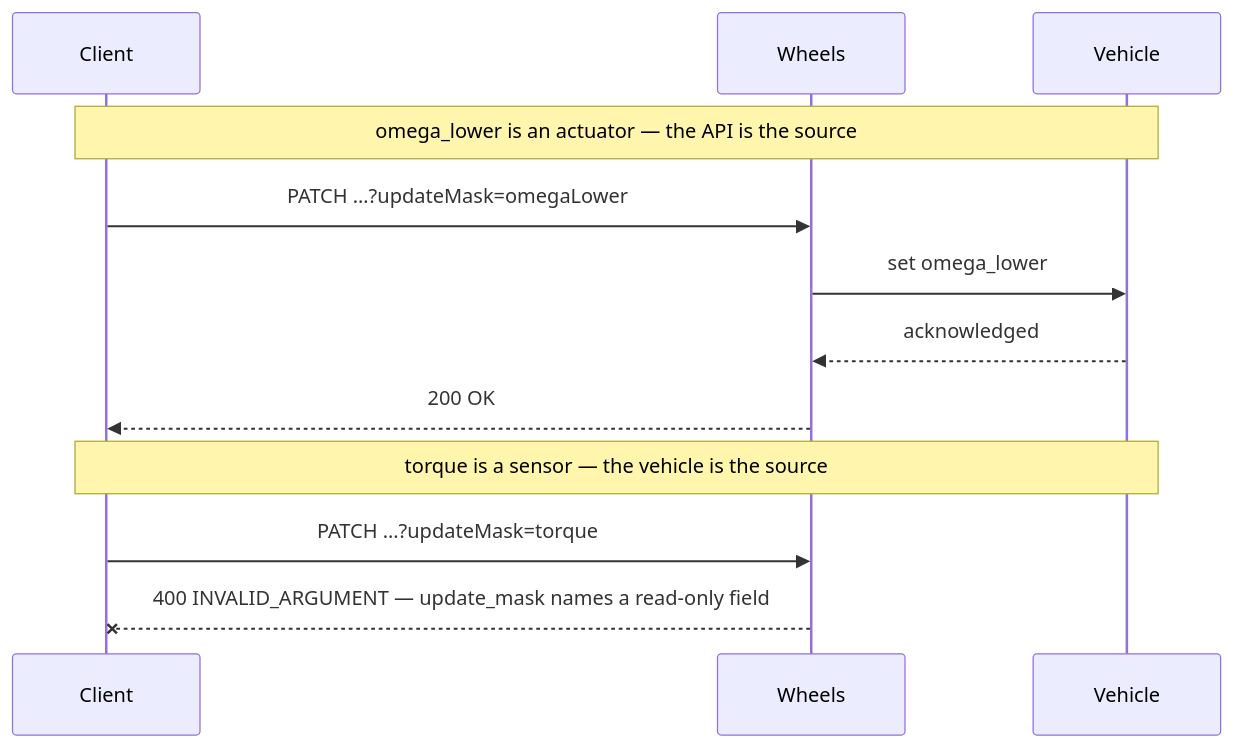
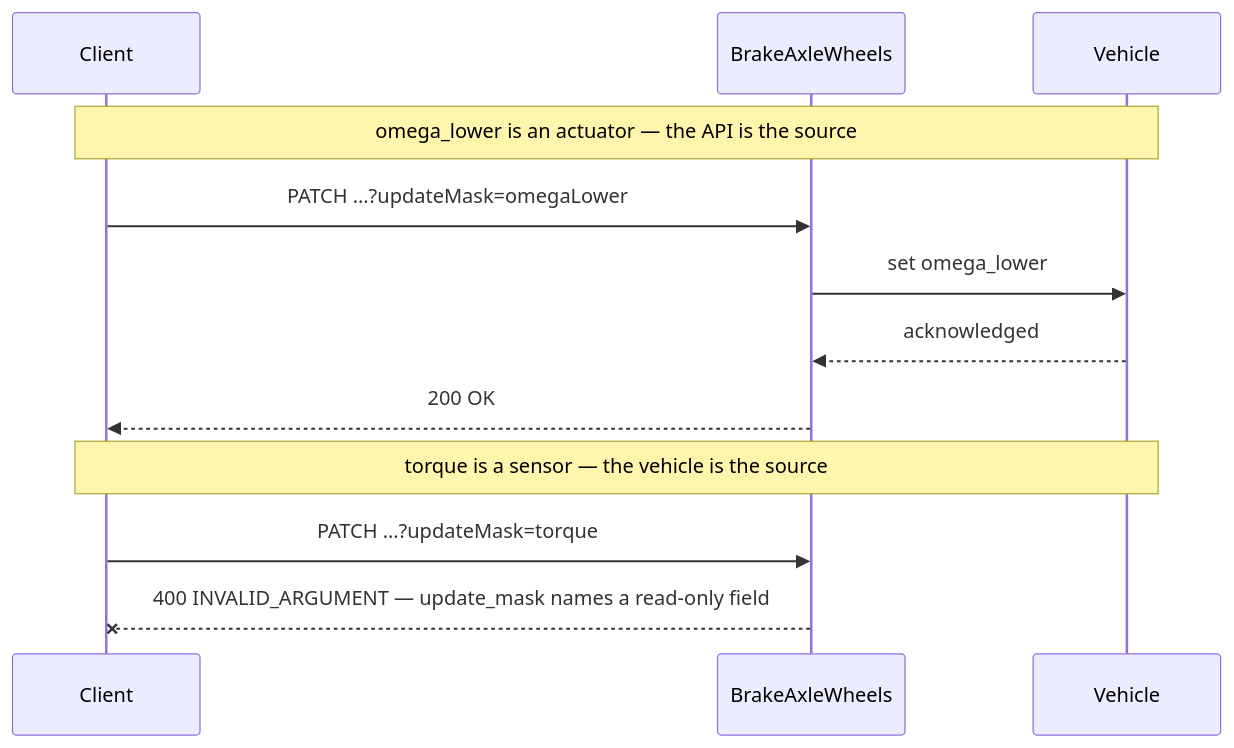
One commit to oh-tarnished/coversa-protobuf changed the second of 5 diagrams in protobuf/covesa/vss/motion/brake_axle_wheel/README.md. Above: the diagram before and after it, drawn with Mermaid. The commit also changed other lines of this file and 40 other files, not shown here.

First line of the commit message:
feat: Introduce BrakeAxleWheel and ChassisAxleWheel schemas

````diff
--- a/protobuf/covesa/vss/motion/brake_axle_wheel/README.md
+++ b/protobuf/covesa/vss/motion/brake_axle_wheel/README.md
@@ -67,16 +67,16 @@
 ```mermaid
 sequenceDiagram
   participant C as Client
-  participant A as Wheels
+  participant A as BrakeAxleWheels
   participant V as Vehicle
 
   Note over C,V: omega_lower is an actuator — the API is the source
   C->>A: PATCH …?updateMask=omegaLower
   A->>V: set omega_lower
   V-->>A: acknowledged
   A-->>C: 200 OK
 
   Note over C,V: torque is a sensor — the vehicle is the source
   C->>A: PATCH …?updateMask=torque
   A--xC: 400 INVALID_ARGUMENT — update_mask names a read-only field
 ```
````
